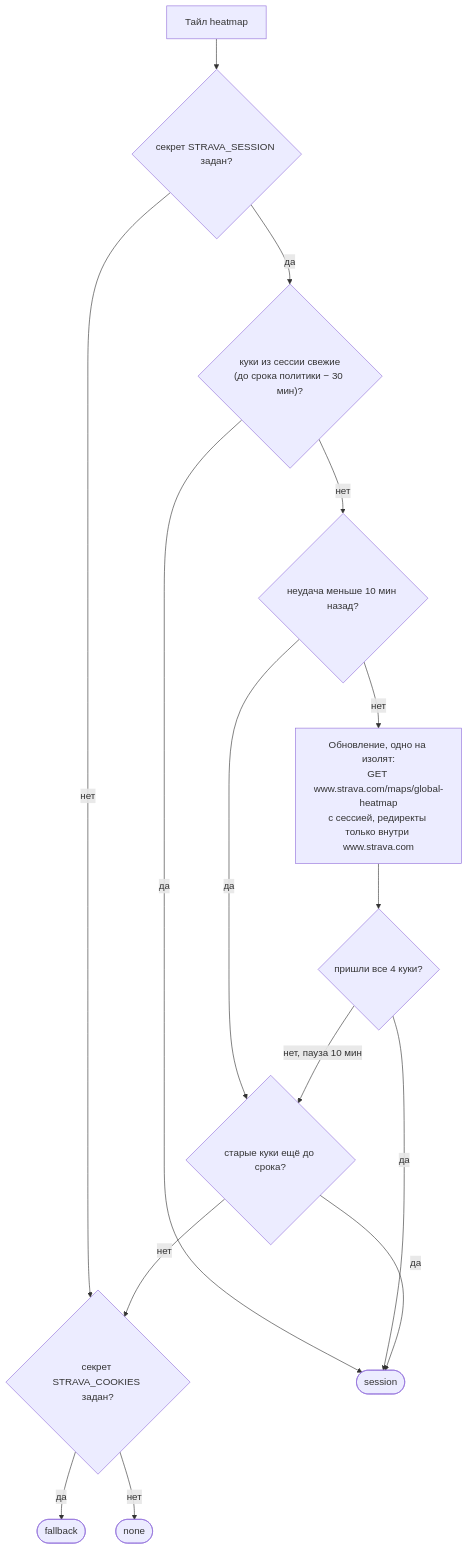
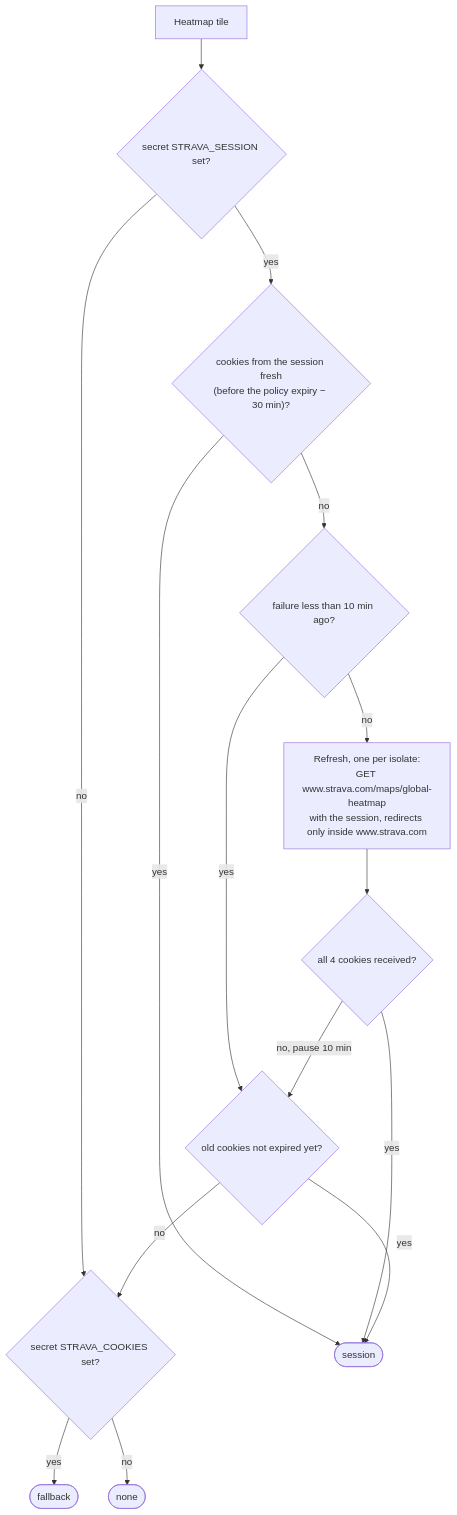
The second of 3 diagrams in docs/architecture/cors-proxy.md (sergeycw/nakarte), drawn with Mermaid before and after one commit. The commit also changed other lines of this file and 11 other files, not shown here.

````diff
--- a/docs/architecture/cors-proxy.md
+++ b/docs/architecture/cors-proxy.md
@@ -73,28 +82,28 @@
 ```mermaid
 flowchart TD
-    start["Тайл heatmap"]
-    hasSession{"секрет STRAVA_SESSION задан?"}
-    fresh{"куки из сессии свежие<br/>(до срока политики − 30 мин)?"}
-    paused{"неудача меньше 10 мин назад?"}
-    refresh["Обновление, одно на изолят:<br/>GET www.strava.com/maps/global-heatmap<br/>с сессией, редиректы только внутри www.strava.com"]
-    ok{"пришли все 4 куки?"}
-    best{"старые куки ещё до срока?"}
-    fallback{"секрет STRAVA_COOKIES задан?"}
+    start["Heatmap tile"]
+    hasSession{"secret STRAVA_SESSION set?"}
+    fresh{"cookies from the session fresh<br/>(before the policy expiry − 30 min)?"}
+    paused{"failure less than 10 min ago?"}
+    refresh["Refresh, one per isolate:<br/>GET www.strava.com/maps/global-heatmap<br/>with the session, redirects only inside www.strava.com"]
+    ok{"all 4 cookies received?"}
+    best{"old cookies not expired yet?"}
+    fallback{"secret STRAVA_COOKIES set?"}
     session(["session"])
     fb(["fallback"])
     none(["none"])
 
     start --> hasSession
-    hasSession -->|"нет"| fallback
-    hasSession -->|"да"| fresh
-    fresh -->|"да"| session
-    fresh -->|"нет"| paused
-    paused -->|"да"| best
-    paused -->|"нет"| refresh --> ok
-    ok -->|"да"| session
-    ok -->|"нет, пауза 10 мин"| best
-    best -->|"да"| session
-    best -->|"нет"| fallback
-    fallback -->|"да"| fb
-    fallback -->|"нет"| none
+    hasSession -->|"no"| fallback
+    hasSession -->|"yes"| fresh
+    fresh -->|"yes"| session
+    fresh -->|"no"| paused
+    paused -->|"yes"| best
+    paused -->|"no"| refresh --> ok
+    ok -->|"yes"| session
+    ok -->|"no, pause 10 min"| best
+    best -->|"yes"| session
+    best -->|"no"| fallback
+    fallback -->|"yes"| fb
+    fallback -->|"no"| none
 ```
````
